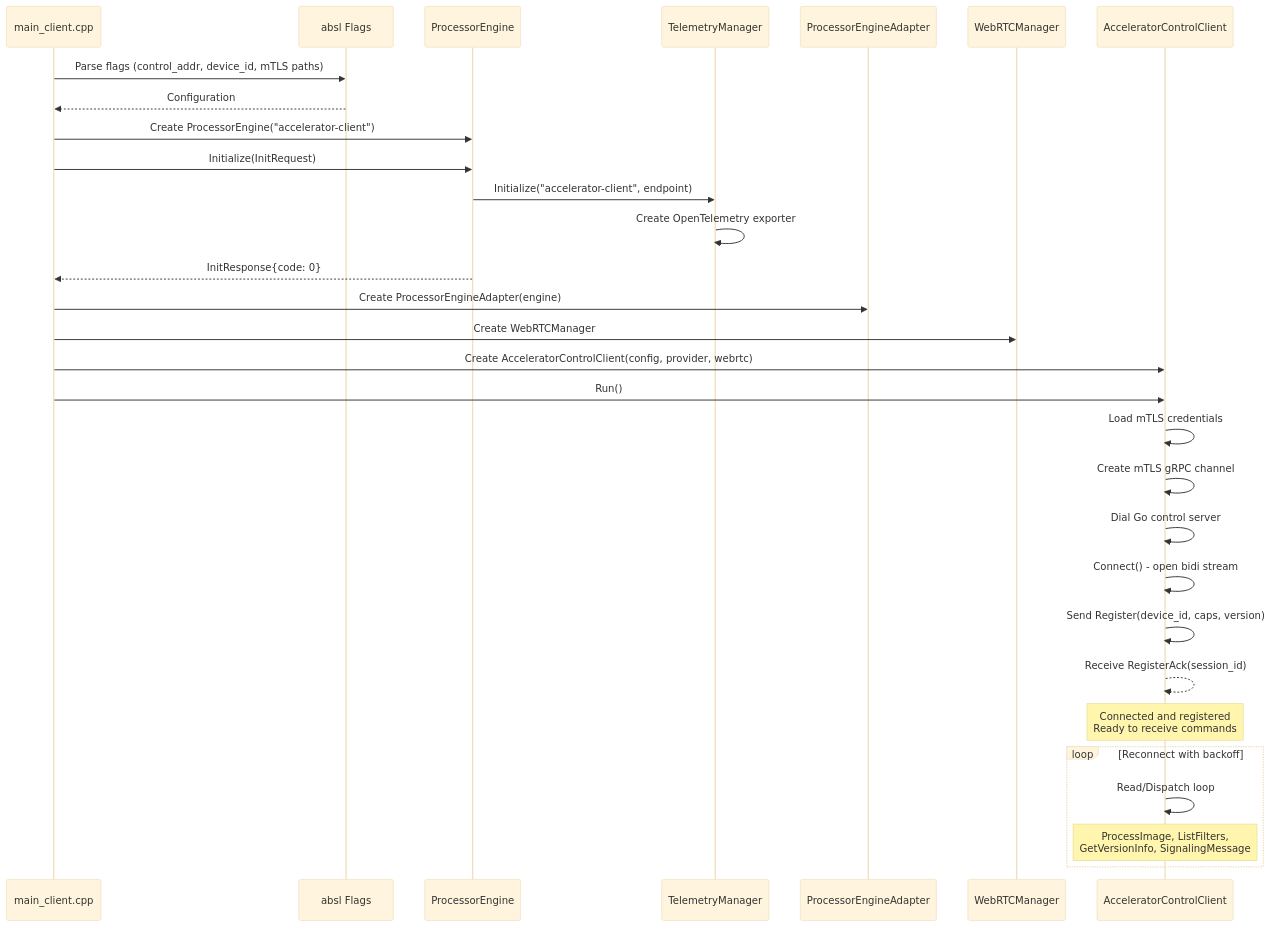
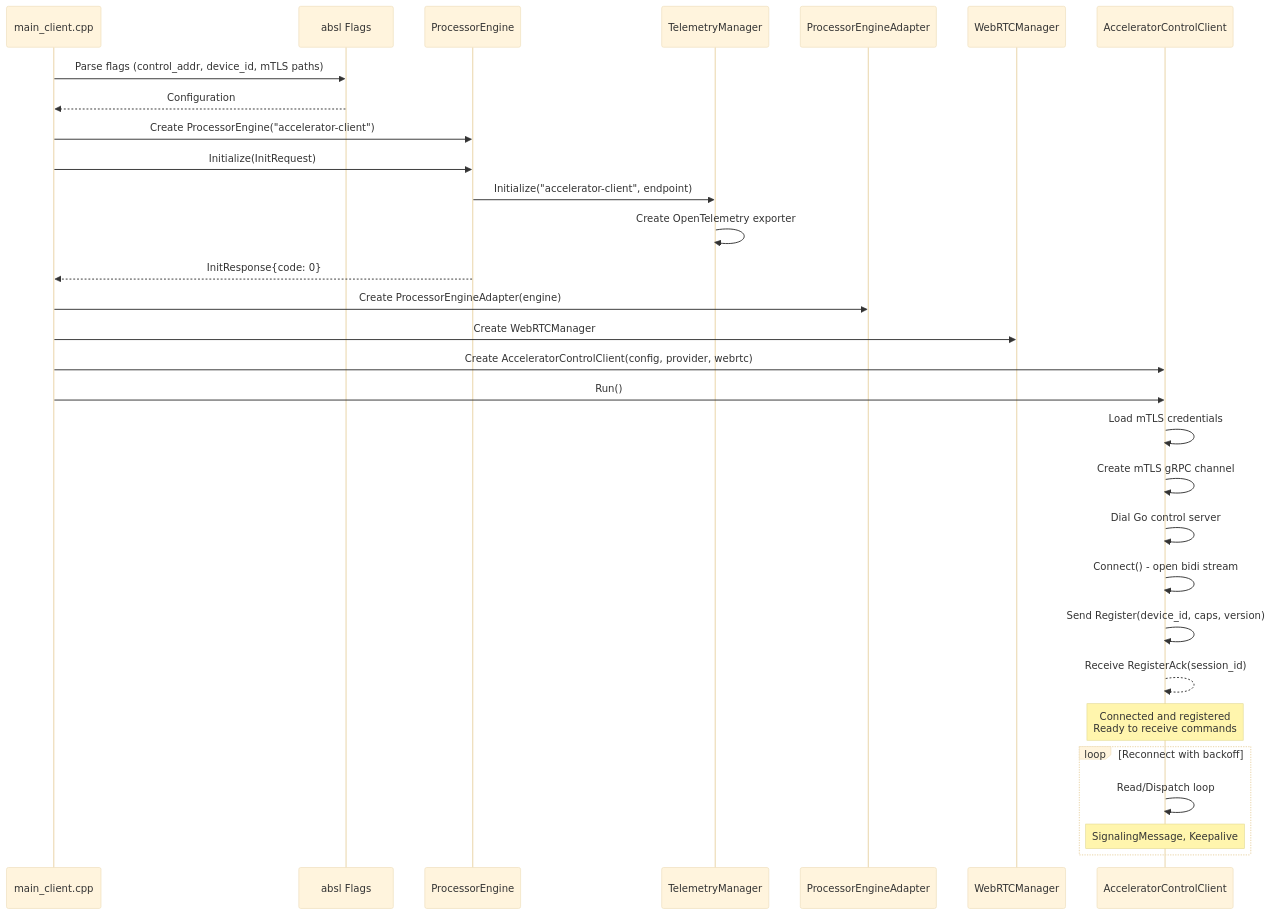
One commit to josnelihurt/learning-cuda changed the third of 6 diagrams in src/cpp_accelerator/README.md. Above: the diagram before and after it, drawn with Mermaid (base theme). The commit also changed other lines of this file and 6 other files, not shown here.

````diff
--- a/src/cpp_accelerator/README.md
+++ b/src/cpp_accelerator/README.md
@@ -139,38 +149,38 @@
 ```mermaid
 sequenceDiagram
     participant Main as main_client.cpp
     participant Flags as absl Flags
     participant Engine as ProcessorEngine
     participant TM as TelemetryManager
     participant Provider as ProcessorEngineAdapter
     participant WebRTC as WebRTCManager
     participant Client as AcceleratorControlClient
 
     Main->>Flags: Parse flags (control_addr, device_id, mTLS paths)
     Flags-->>Main: Configuration
 
     Main->>Engine: Create ProcessorEngine("accelerator-client")
     Main->>Engine: Initialize(InitRequest)
     Engine->>TM: Initialize("accelerator-client", endpoint)
     TM->>TM: Create OpenTelemetry exporter
     Engine-->>Main: InitResponse{code: 0}
 
     Main->>Provider: Create ProcessorEngineAdapter(engine)
     Main->>WebRTC: Create WebRTCManager
     Main->>Client: Create AcceleratorControlClient(config, provider, webrtc)
     Main->>Client: Run()
 
     Client->>Client: Load mTLS credentials
     Client->>Client: Create mTLS gRPC channel
     Client->>Client: Dial Go control server
     Client->>Client: Connect() - open bidi stream
     Client->>Client: Send Register(device_id, caps, version)
     Client-->>Client: Receive RegisterAck(session_id)
 
     Note over Client: Connected and registered<br/>Ready to receive commands
 
     loop Reconnect with backoff
         Client->>Client: Read/Dispatch loop
-        Note over Client: ProcessImage, ListFilters,<br/>GetVersionInfo, SignalingMessage
+        Note over Client: SignalingMessage, Keepalive
     end
 ```
````
